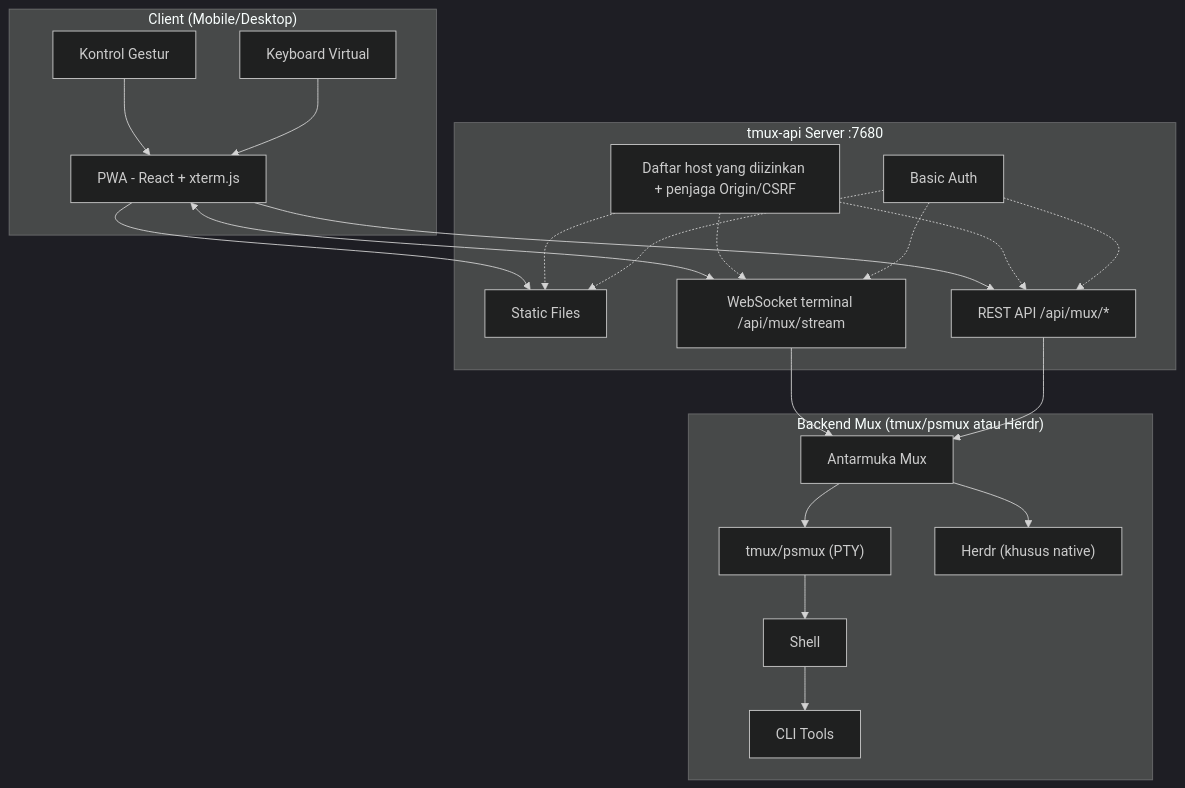
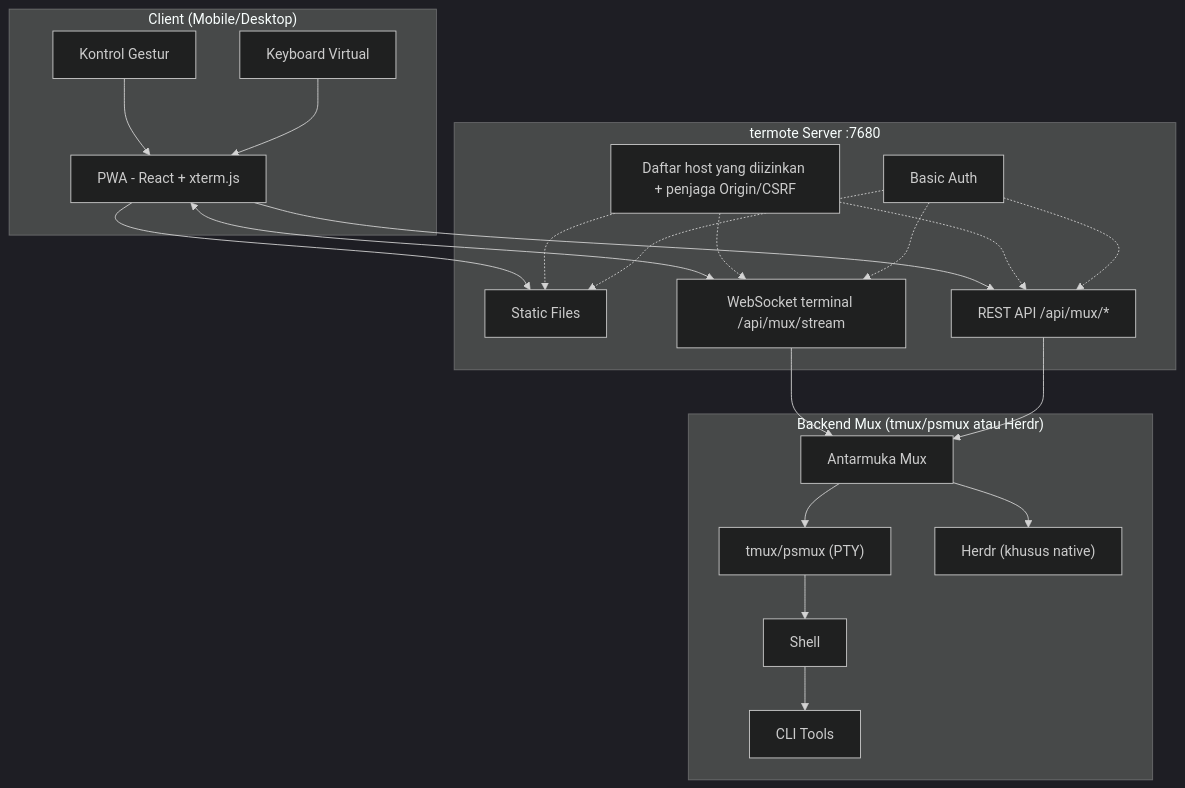
Before and after one commit to lamngockhuong/termote: the first of 2 diagrams in README.id.md, drawn with Mermaid (dark theme). The commit also changed other lines of this file and 107 other files, not shown here.

First line of the commit message:
refactor!: rename tmux-api to server and its binary to termote (#215)

````diff
--- a/README.id.md
+++ b/README.id.md
@@ -59,36 +59,36 @@
 ```mermaid
 flowchart TB
     subgraph Client["Client (Mobile/Desktop)"]
         PWA["PWA - React + xterm.js"]
         Gestures["Kontrol Gestur"]
         Keyboard["Keyboard Virtual"]
     end
 
-    subgraph Server["tmux-api Server :7680"]
+    subgraph Server["termote Server :7680"]
         Static["Static Files"]
         Stream["WebSocket terminal /api/mux/stream"]
         API["REST API /api/mux/*"]
         Guard["Daftar host yang diizinkan + penjaga Origin/CSRF"]
         Auth["Basic Auth"]
     end
 
     subgraph Backend["Backend Mux (tmux/psmux atau Herdr)"]
         Mux["Antarmuka Mux"]
         tmux["tmux/psmux (PTY)"]
         herdr["Herdr (khusus native)"]
         Shell["Shell"]
         Tools["CLI Tools"]
     end
 
     Gestures --> PWA
     Keyboard --> PWA
     PWA --> Static
     PWA <--> Stream
     PWA --> API
     Guard -.-> Static & Stream & API
     Auth -.-> Static & Stream & API
     Stream --> Mux
     API --> Mux
     Mux --> tmux & herdr
     tmux --> Shell --> Tools
 ```
````
